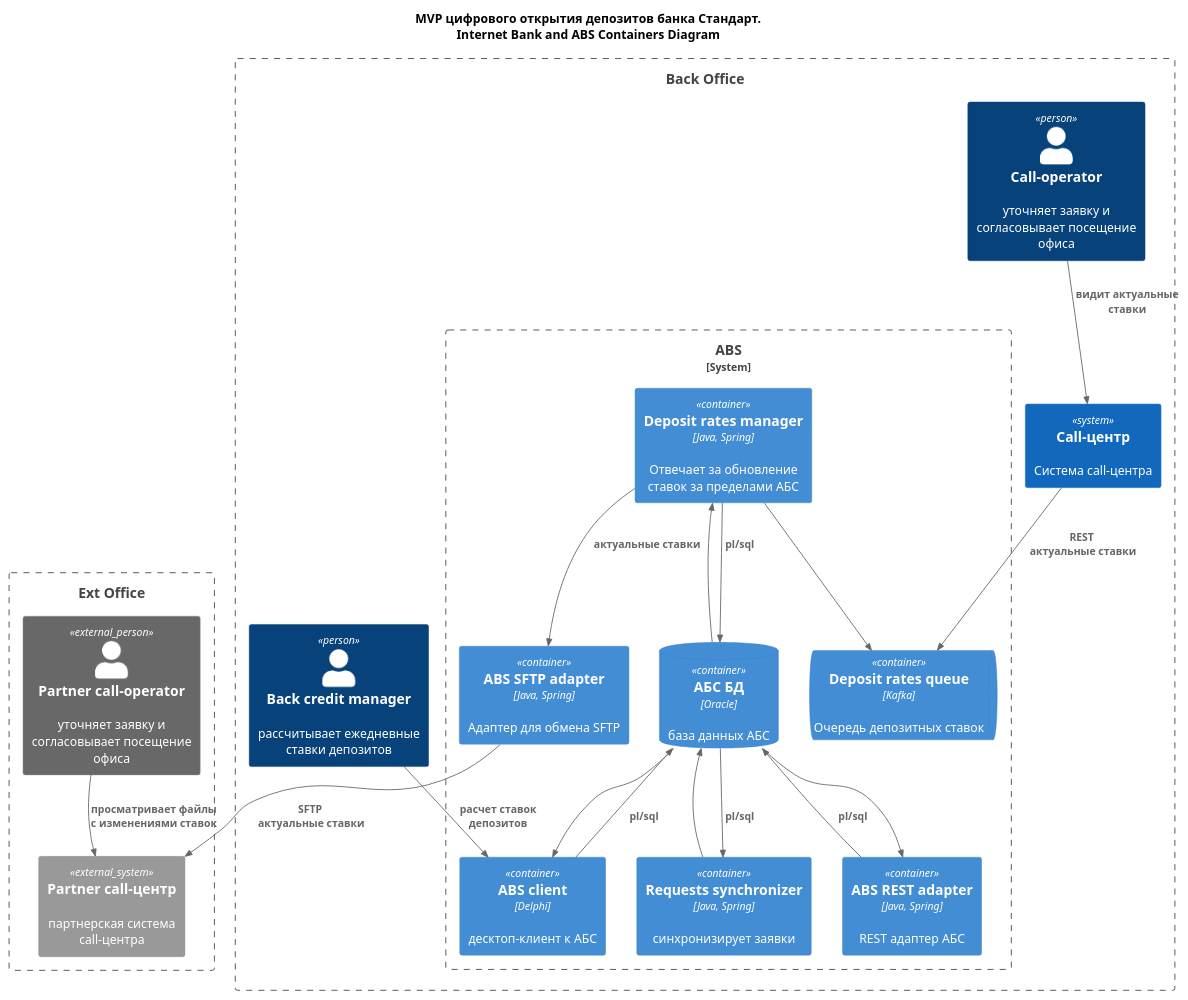
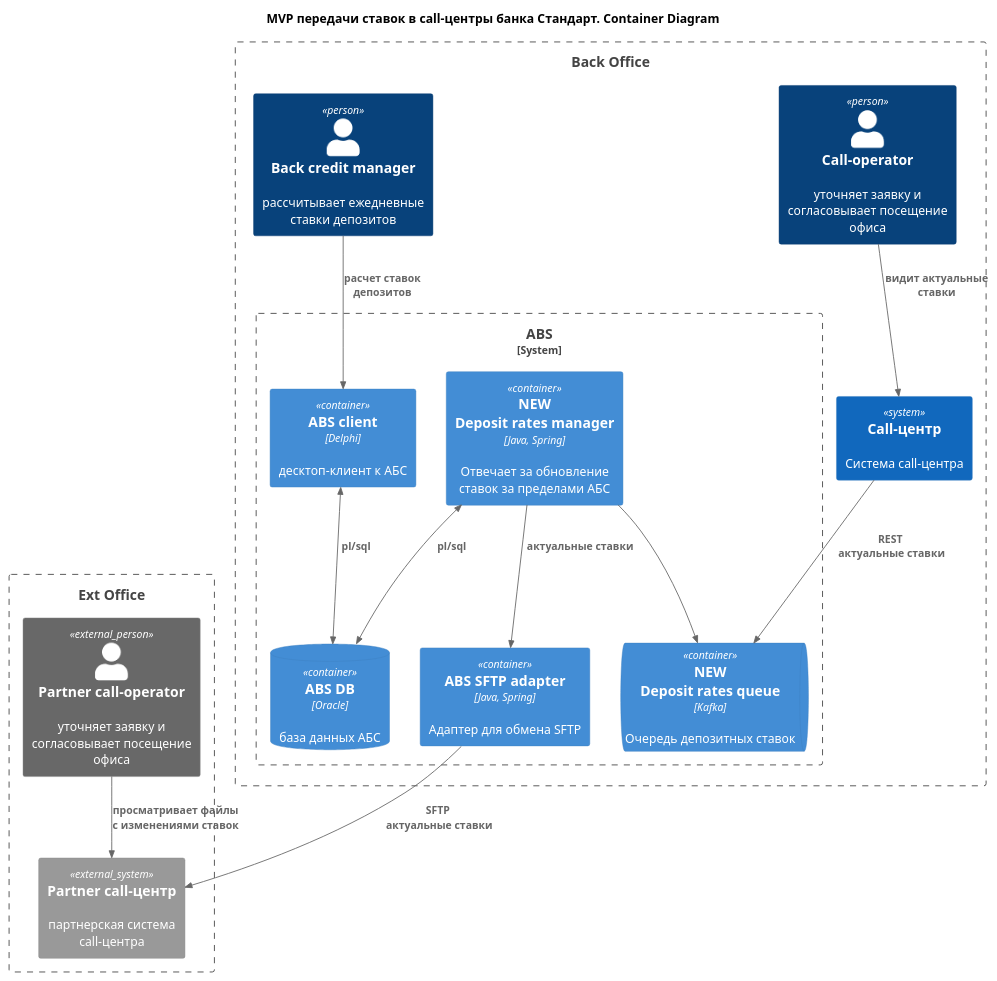
Before and after one commit to andreevcode/03_arch-pro-standart: the diagram in Task_4/C4.2_containers_deposit_rates_delivery.puml, drawn with PlantUML. The commit also changed 15 other files, not shown here.

```diff
--- a/Task_4/C4.2_containers_deposit_rates_delivery.puml
+++ b/Task_4/C4.2_containers_deposit_rates_delivery.puml
@@ -1,57 +1,45 @@
 @startuml
-title "MVP цифрового открытия депозитов банка Стандарт.\nInternet Bank and ABS Containers Diagram"
+title "MVP передачи ставок в call-центры банка Стандарт. Container Diagram"
 
 top to bottom direction
 
 !include https://raw.githubusercontent.com/plantuml-stdlib/C4-PlantUML/master/C4_Container.puml
 Boundary(ext_office, "Ext Office", "") {
     System_Ext(partner_call_centre, "Partner call-центр", "партнерская система call-центра")
     Person_Ext(partner_call_operator, "Partner call-operator", "уточняет заявку и согласовывает посещение офиса")
-
 }
 
 Boundary(back_office, "Back Office", "") {
     System(call_centre, "Call-центр", "Cистема call-центра")
     Person(call_operator, "Call-operator", "уточняет заявку и согласовывает посещение офиса")
 
     Person(back_credit_manager, "Back credit manager", "рассчитывает ежедневные ставки депозитов")
 
     Boundary(abs, "ABS", "System") {
          Container(abs_sftp_adapter, "ABS SFTP adapter", "Java, Spring", "Адаптер для обмена SFTP")
-         Container(abs_adapter, "ABS REST adapter", "Java, Spring", "REST адаптер АБС")
          Container(abs_client, "ABS client", Delphi, "десктоп-клиент к АБС")
-         ContainerDb(abs_db, "АБС БД", Oracle, "база данных АБС")
-         Container(request_synchronizer, "Requests synchronizer", "Java, Spring", "синхронизирует заявки")
-         Container(deposit_rates_manager, "Deposit rates manager", "Java, Spring", "Отвечает за обновление ставок за пределами АБС")
-         ContainerQueue(deposit_rates_queue, "Deposit rates queue", "Kafka", "Очередь депозитных ставок")
+         ContainerDb(abs_db, "ABS DB", Oracle, "база данных АБС")
+         Container(deposit_rates_manager, "NEW\nDeposit rates manager", "Java, Spring", "Отвечает за обновление ставок за пределами АБС")
+         ContainerQueue(deposit_rates_queue, "NEW\nDeposit rates queue", "Kafka", "Очередь депозитных ставок")
     }
 }
 
 Rel(call_operator, call_centre,"видит актуальные ставки")
 Rel(partner_call_operator, partner_call_centre,"просматривает файлы с изменениями ставок")
 
 Rel(call_centre, deposit_rates_queue,"REST\n актуальные ставки")
 Rel(deposit_rates_manager, abs_sftp_adapter," актуальные ставки")
 Rel(deposit_rates_manager, deposit_rates_queue, " ")
 
+BiRel(deposit_rates_manager, abs_db, " pl/sql ")
 
-Rel(deposit_rates_manager, abs_db, " pl/sql ")
-Rel(abs_db, deposit_rates_manager, " ")
-
-Rel(abs_client, abs_db," pl/sql ")
-Rel(abs_db, abs_client, " ")
-
-Rel(abs_adapter, abs_db, " pl/sql ")
-Rel(abs_db, abs_adapter, " ")
+BiRel(abs_client, abs_db," pl/sql ")
 
 Rel(back_credit_manager, abs_client,"расчет ставок депозитов")
 
 Rel(abs_sftp_adapter, partner_call_centre,"SFTP\n актуальные ставки")
 
-Rel(request_synchronizer, abs_db, " ")
-Rel(abs_db, request_synchronizer, " pl/sql ")
-
 'Lay_L(abs_client, back_credit_manager)
 'Lay_R(partner_call_centre, abs_sftp_adapter)
 
 @enduml
```
